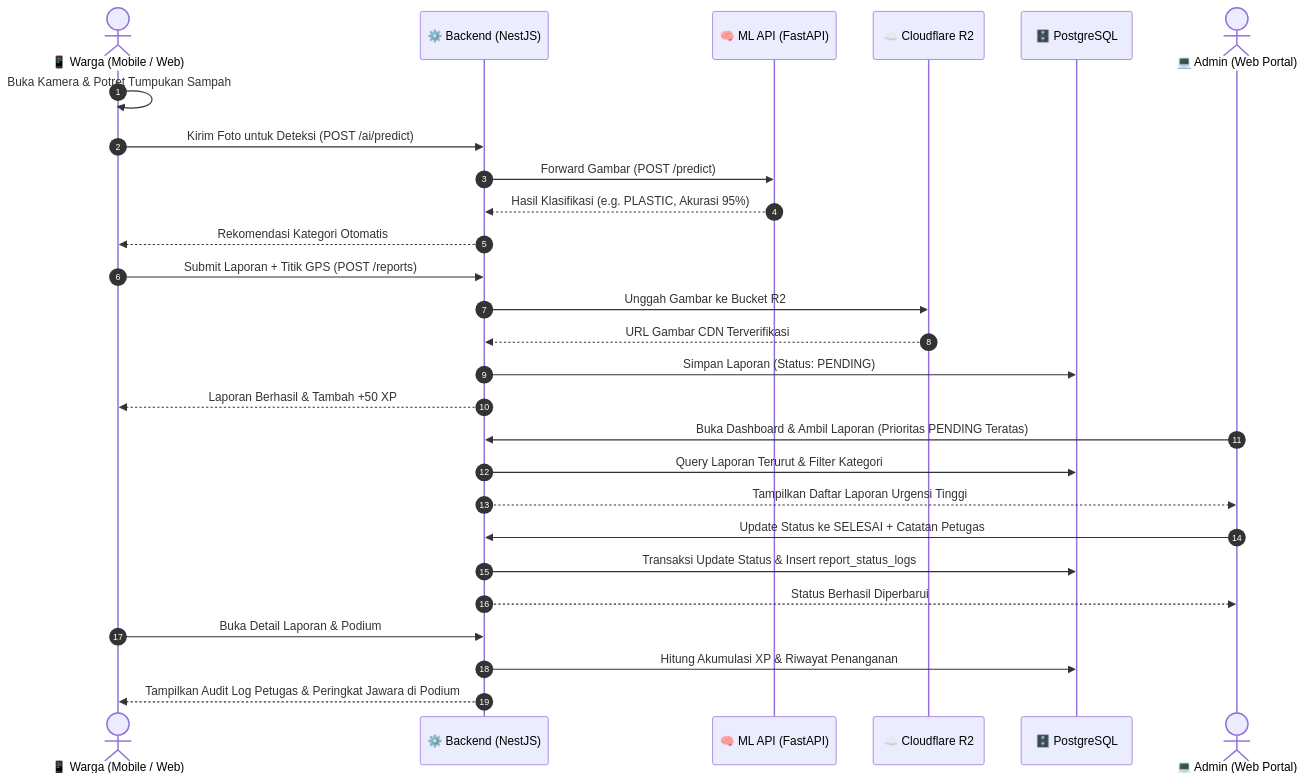
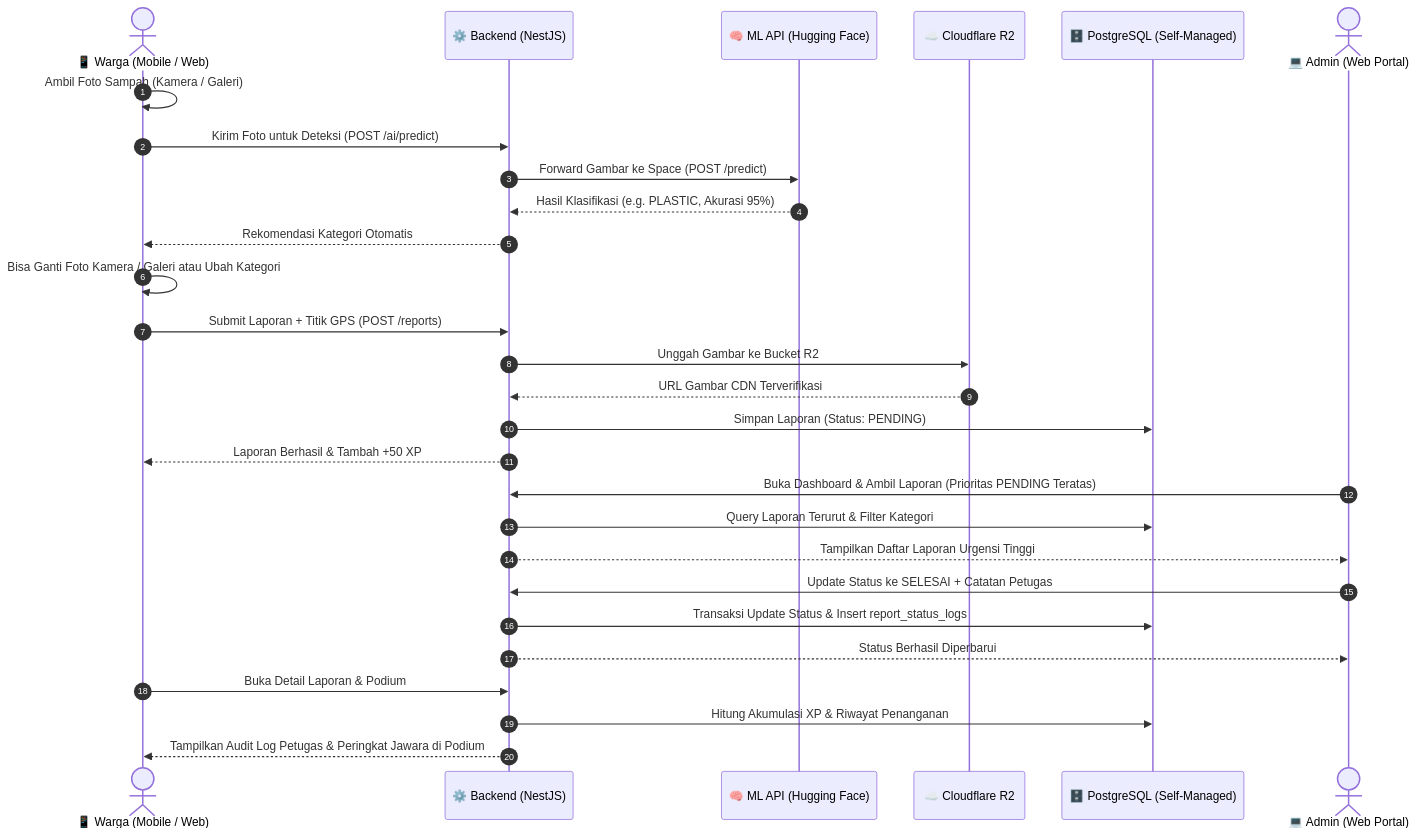
One commit to JeckPGR/smart_waste changed the second of 2 diagrams in README.md. Above: the diagram before and after it, drawn with Mermaid. The commit also changed other lines of this file and 17 other files, not shown here.

Commit message:
feat: add self-managed database infrastructure, rework mobile UI & flows, and update documentation

````diff
--- a/README.md
+++ b/README.md
@@ -136,34 +144,35 @@
 ```mermaid
 sequenceDiagram
     autonumber
     actor Warga as 📱 Warga (Mobile / Web)
     participant Backend as ⚙️ Backend (NestJS)
-    participant ML as 🧠 ML API (FastAPI)
+    participant ML as 🧠 ML API (Hugging Face)
     participant Storage as ☁️ Cloudflare R2
-    participant DB as 🗄️ PostgreSQL
+    participant DB as 🗄️ PostgreSQL (Self-Managed)
     actor Admin as 💻 Admin (Web Portal)
 
-    Warga->>Warga: Buka Kamera & Potret Tumpukan Sampah
+    Warga->>Warga: Ambil Foto Sampah (Kamera / Galeri)
     Warga->>Backend: Kirim Foto untuk Deteksi (POST /ai/predict)
-    Backend->>ML: Forward Gambar (POST /predict)
+    Backend->>ML: Forward Gambar ke Space (POST /predict)
     ML-->>Backend: Hasil Klasifikasi (e.g. PLASTIC, Akurasi 95%)
     Backend-->>Warga: Rekomendasi Kategori Otomatis
+    Warga->>Warga: Bisa Ganti Foto Kamera / Galeri atau Ubah Kategori
 
     Warga->>Backend: Submit Laporan + Titik GPS (POST /reports)
     Backend->>Storage: Unggah Gambar ke Bucket R2
     Storage-->>Backend: URL Gambar CDN Terverifikasi
     Backend->>DB: Simpan Laporan (Status: PENDING)
     Backend-->>Warga: Laporan Berhasil & Tambah +50 XP
 
     Admin->>Backend: Buka Dashboard & Ambil Laporan (Prioritas PENDING Teratas)
     Backend->>DB: Query Laporan Terurut & Filter Kategori
     Backend-->>Admin: Tampilkan Daftar Laporan Urgensi Tinggi
 
     Admin->>Backend: Update Status ke SELESAI + Catatan Petugas
     Backend->>DB: Transaksi Update Status & Insert report_status_logs
     Backend-->>Admin: Status Berhasil Diperbarui
 
     Warga->>Backend: Buka Detail Laporan & Podium
     Backend->>DB: Hitung Akumulasi XP & Riwayat Penanganan
     Backend-->>Warga: Tampilkan Audit Log Petugas & Peringkat Jawara di Podium
 ```
````
